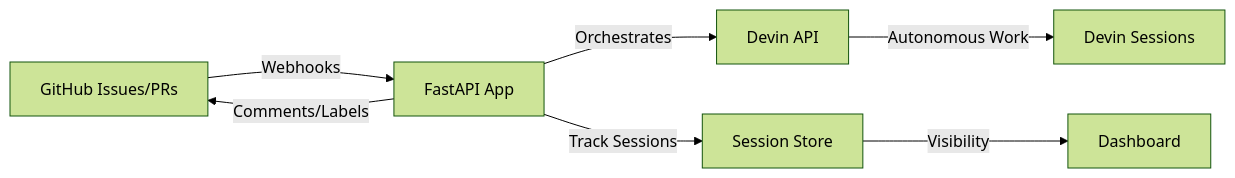
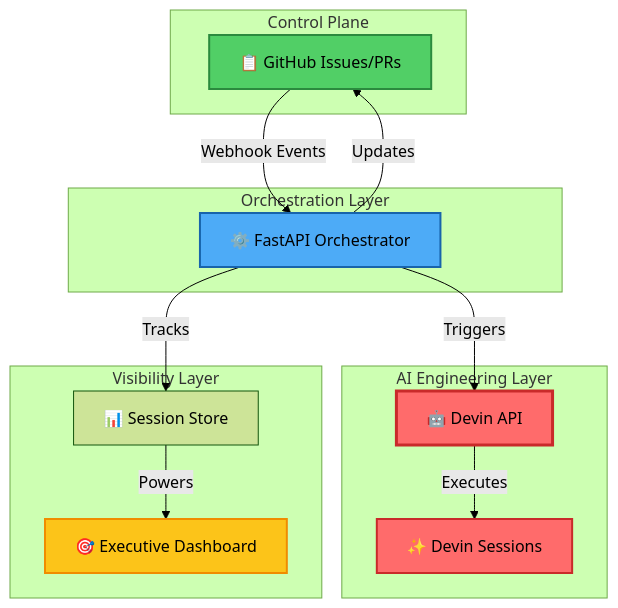
Before and after one commit to emillaurence/agentic-devin-swe-remediation: the diagram in README.md, drawn with Mermaid (forest theme).

Commit message:
Make architecture diagram compelling with visual styling and layer separation

````diff
--- a/README.md
+++ b/README.md
@@ -25,9 +25,33 @@
 ```mermaid
-graph LR
-    GitHub[GitHub Issues/PRs] -->|Webhooks| FastAPI[FastAPI App]
-    FastAPI -->|Orchestrates| Devin[Devin API]
-    Devin -->|Autonomous Work| Sessions[Devin Sessions]
-    FastAPI -->|Comments/Labels| GitHub
-    FastAPI -->|Track Sessions| Store[Session Store]
-    Store -->|Visibility| Dashboard[Dashboard]
+graph TB
+    subgraph "Control Plane"
+        GitHub[📋 GitHub Issues/PRs]
+    end
+
+    subgraph "Orchestration Layer"
+        FastAPI[⚙️ FastAPI Orchestrator]
+    end
+
+    subgraph "AI Engineering Layer"
+        Devin[🤖 Devin API]
+        Sessions[✨ Devin Sessions]
+    end
+
+    subgraph "Visibility Layer"
+        Store[📊 Session Store]
+        Dashboard[🎯 Executive Dashboard]
+    end
+
+    GitHub -->|Webhook Events| FastAPI
+    FastAPI -->|Triggers| Devin
+    Devin -->|Executes| Sessions
+    FastAPI -->|Updates| GitHub
+    FastAPI -->|Tracks| Store
+    Store -->|Powers| Dashboard
+
+    style Devin fill:#ff6b6b,stroke:#c92a2a,stroke-width:3px
+    style Sessions fill:#ff6b6b,stroke:#c92a2a,stroke-width:2px
+    style FastAPI fill:#4dabf7,stroke:#1864ab,stroke-width:2px
+    style GitHub fill:#51cf66,stroke:#2b8a3e,stroke-width:2px
+    style Dashboard fill:#fcc419,stroke:#f08c00,stroke-width:2px
 ```
````
